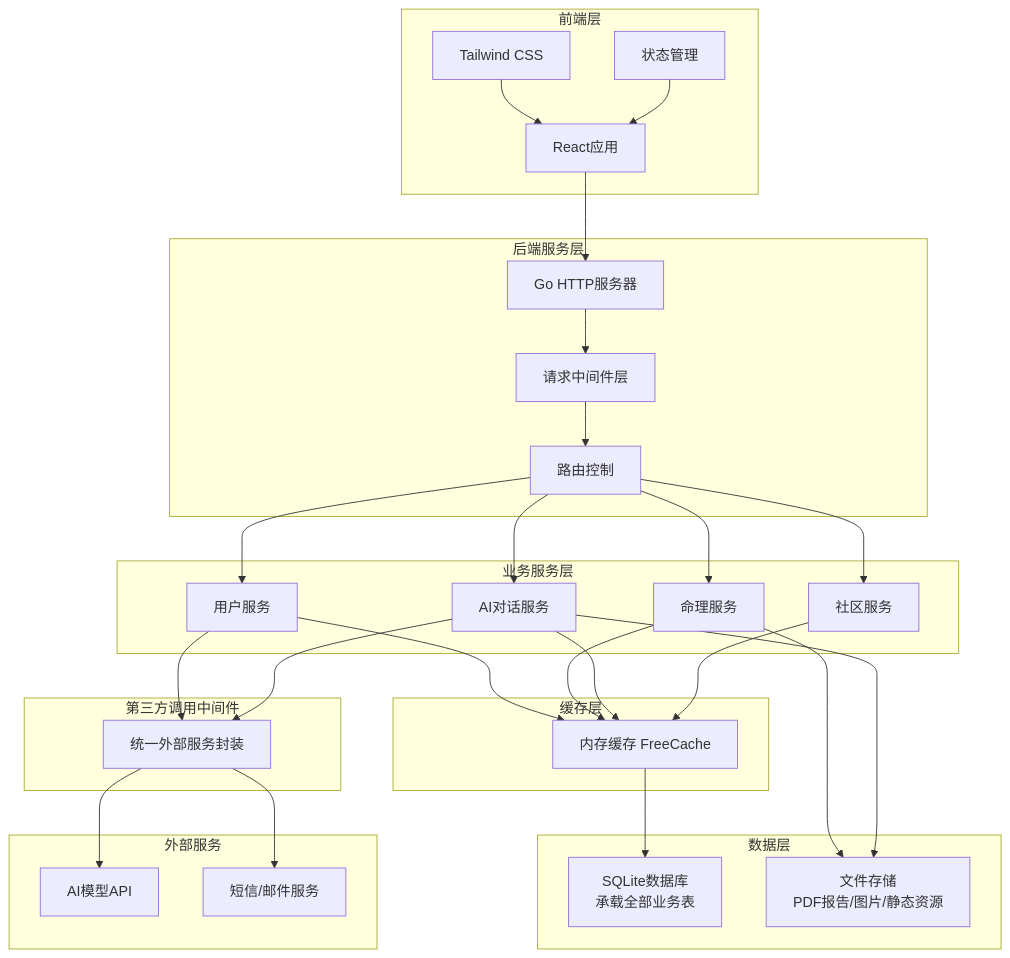
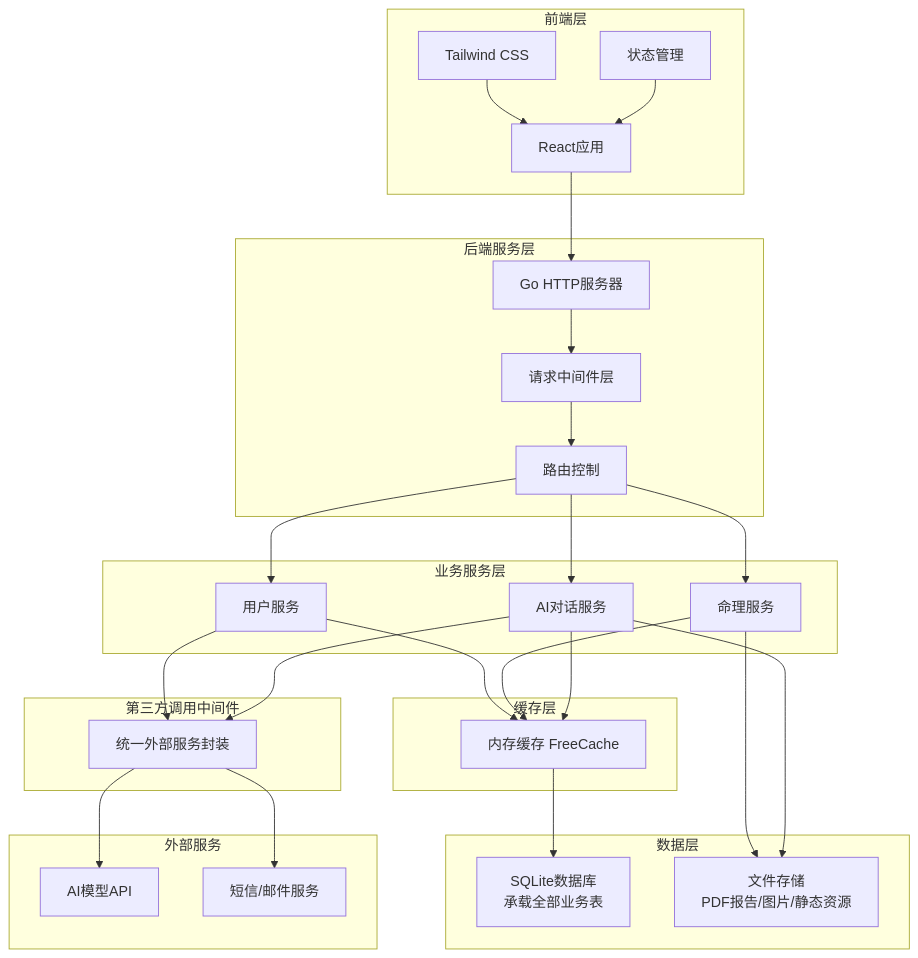
The first of 3 diagrams in .trae/documents/architecture.md (J-W-M/text), drawn with Mermaid before and after one commit. The commit also changed other lines of this file and 1 other file, not shown here.

````diff
--- a/.trae/documents/architecture.md
+++ b/.trae/documents/architecture.md
@@ -5,60 +5,57 @@
 ```mermaid
 flowchart TB
     subgraph Frontend["前端层"]
         A1["React应用"]
         A2["Tailwind CSS"]
         A3["状态管理"]
     end
     
     subgraph Backend["后端服务层"]
         B1["Go HTTP服务器"]
         B2["请求中间件层"]
         B3["路由控制"]
     end
     
     subgraph Services["业务服务层"]
         C1["用户服务"]
         C2["命理服务"]
         C3["AI对话服务"]
-        C4["社区服务"]
     end
     
     subgraph Cache["缓存层"]
         CA1["内存缓存 FreeCache"]
     end
     
     subgraph Data["数据层"]
         D1["SQLite数据库<br/>承载全部业务表"]
         D2["文件存储<br/>PDF报告/图片/静态资源"]
     end
     
     subgraph ExternalAdapter["第三方调用中间件"]
         EA1["统一外部服务封装"]
     end
     
     subgraph External["外部服务"]
         E1["AI模型API"]
         E2["短信/邮件服务"]
     end
     
     A1 --> B1
     A2 --> A1
     A3 --> A1
     B1 --> B2
     B2 --> B3
     B3 --> C1
     B3 --> C2
     B3 --> C3
-    B3 --> C4
     C1 --> CA1
     C2 --> CA1
     C3 --> CA1
-    C4 --> CA1
     CA1 --> D1
     C1 --> EA1
     C3 --> EA1
     EA1 --> E1
     EA1 --> E2
     C2 --> D2
     C3 --> D2
 ```
````
